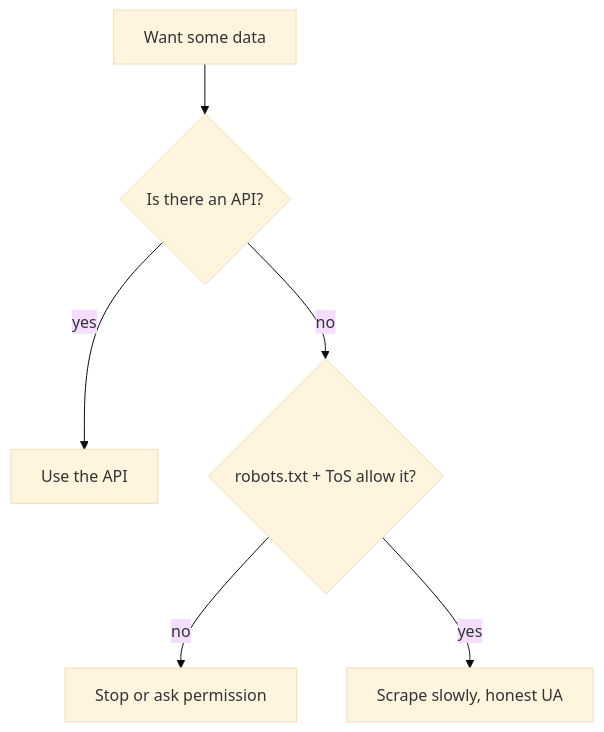
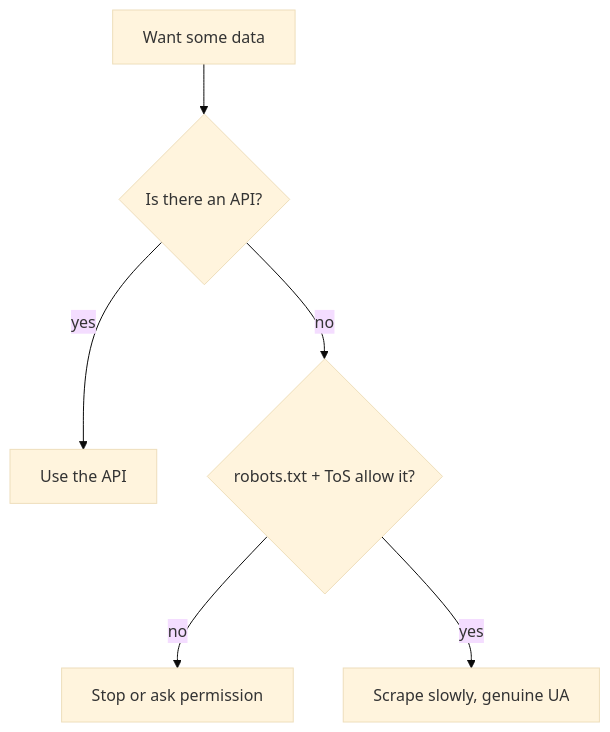
One commit to Topurrra/themissingmanual changed the diagram in guides/projects/web-scraper-python/04-pagination-and-politeness.md. Above: the diagram before and after it, drawn with Mermaid (base theme). The commit also changed other lines of this file and 1009 other files, not shown here.

````diff
--- a/guides/projects/web-scraper-python/04-pagination-and-politeness.md
+++ b/guides/projects/web-scraper-python/04-pagination-and-politeness.md
@@ -202,8 +202,8 @@
 ```mermaid
 graph TD
   A[Want some data] --> B{Is there an API?}
   B -->|yes| C[Use the API]
   B -->|no| D{robots.txt + ToS allow it?}
   D -->|no| E[Stop or ask permission]
-  D -->|yes| F[Scrape slowly, honest UA]
+  D -->|yes| F[Scrape slowly, genuine UA]
 ```
````
